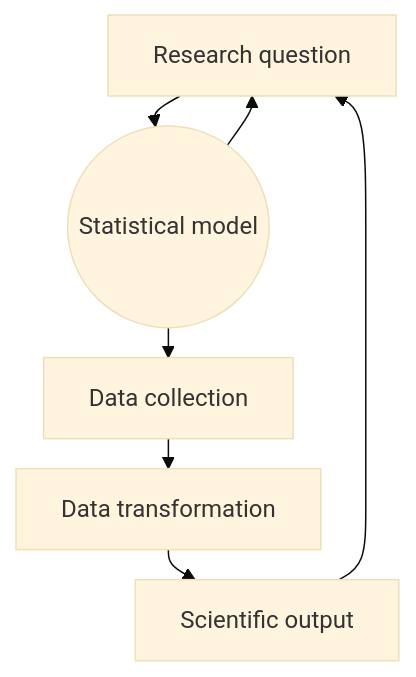
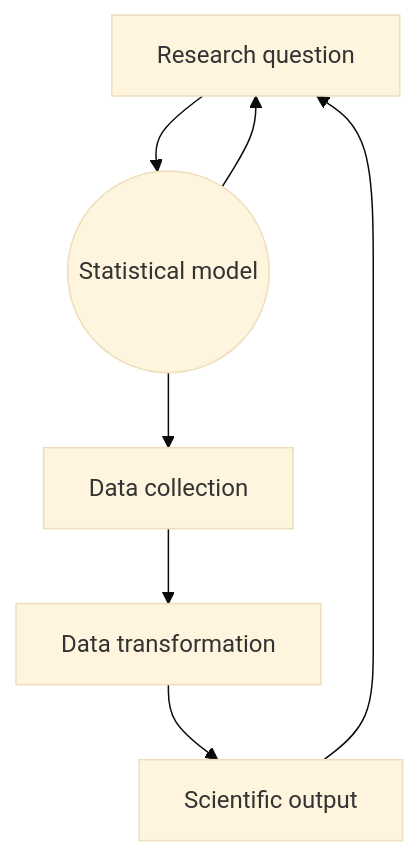
One commit to rostools/r-cubed-advanced changed the second of 4 diagrams in sessions/stats-analyses-basic.qmd. Above: the diagram before and after it, drawn with Mermaid (base theme). The commit also changed other lines of this file and 2 other files, not shown here.

Commit message:
style: :fire: don't need these Mermaid settings anymore

````diff
--- a/sessions/stats-analyses-basic.qmd
+++ b/sessions/stats-analyses-basic.qmd
@@ -185,14 +184,13 @@
 ```{mermaid fig-model-building-workflow}
 %%| label: fig-model-building-workflow
 %%| fig-cap: Simple schematic of the workflow for conducting statistical analysis.
 %%| echo: false
 %%| eval: true
-%%{init:{'flowchart':{'nodeSpacing': 40, 'rankSpacing': 20}}}%%
 graph TD
     A[Research question] --> B((Statistical model))
     B --> A
     B --> C[Data collection]
     C --> D[Data transformation]
     D --> E[Scientific output]
     E --> A
 ```
````
